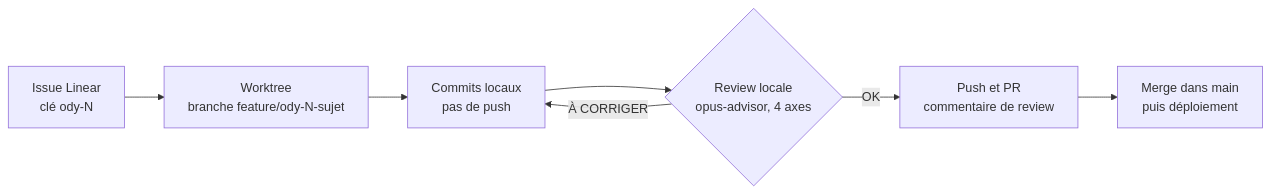
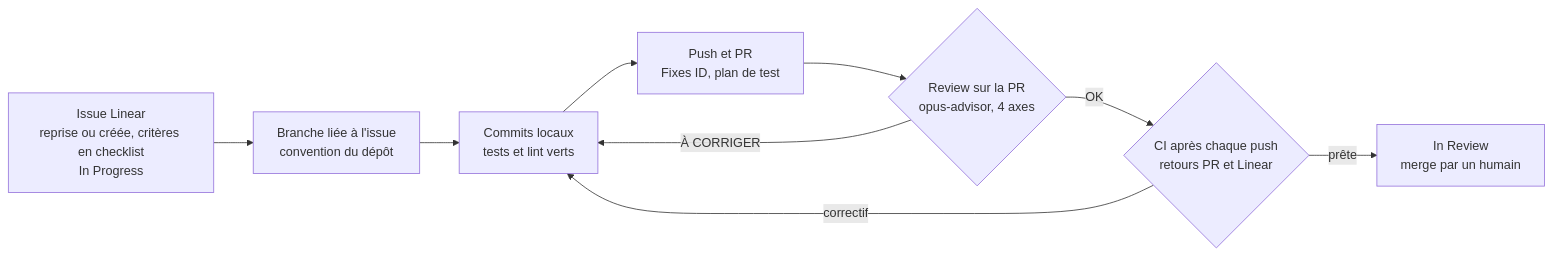
One commit to gtko/claude-plugin changed the second of 2 diagrams in README.md. Above: the diagram before and after it, drawn with Mermaid. The commit also changed other lines of this file and 20 other files, not shown here.

First line of the commit message:
feat(process): process de livraison aligné sur Dotworld (Linear, PR, review, CI)

````diff
--- a/README.md
+++ b/README.md
@@ -73,9 +73,11 @@
 ```mermaid
 flowchart LR
-  L["Issue Linear<br/>clé ody-N"] --> W["Worktree<br/>branche feature/ody-N-sujet"]
-  W --> C["Commits locaux<br/>pas de push"]
-  C --> R{"Review locale<br/>opus-advisor, 4 axes"}
+  L["Issue Linear<br/>reprise ou créée, critères en checklist<br/>In Progress"] --> W["Branche liée à l'issue<br/>convention du dépôt"]
+  W --> C["Commits locaux<br/>tests et lint verts"]
+  C --> P["Push et PR<br/>Fixes ID, plan de test"]
+  P --> R{"Review sur la PR<br/>opus-advisor, 4 axes"}
   R -->|À CORRIGER| C
-  R -->|OK| P["Push et PR<br/>commentaire de review"]
-  P --> M["Merge dans main<br/>puis déploiement"]
+  R -->|OK| CI{"CI après chaque push<br/>retours PR et Linear"}
+  CI -->|correctif| C
+  CI -->|prête| H["In Review<br/>merge par un humain"]
 ```
````
